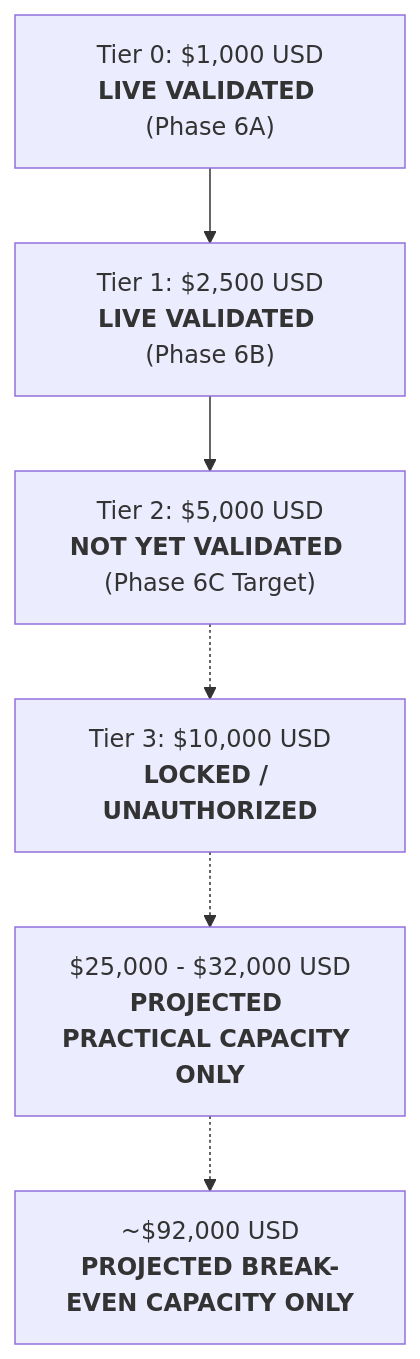
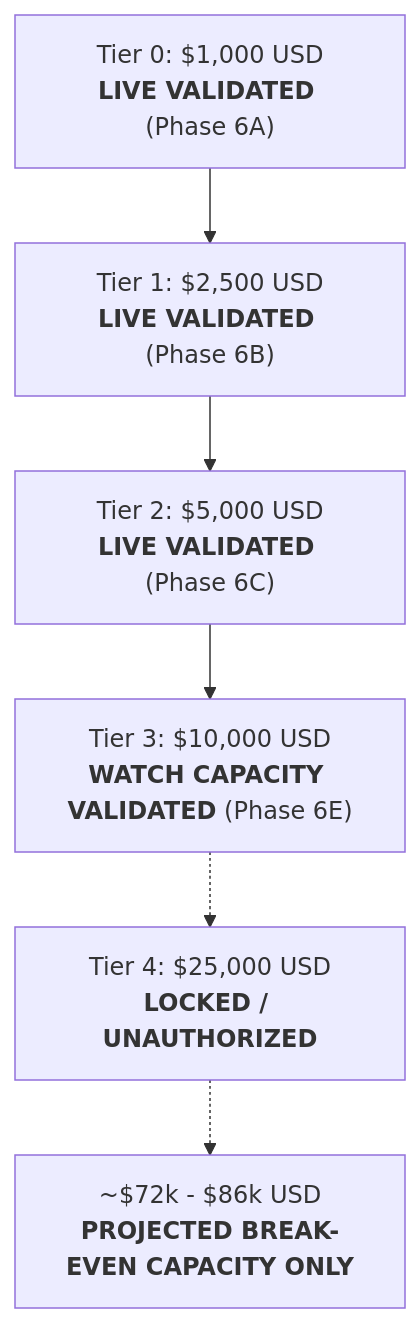
One commit to Bigbirdo07/Moneymaker changed the diagram in VALIDATION_LEDGER.md. Above: the diagram before and after it, drawn with Mermaid. The commit also changed other lines of this file and 24 other files, not shown here.

Commit message:
Execute Phase 6E: Alpha A Tier 3 live capacity validation (TIER3_WATCH_CAPACITY_VALIDATED) and Alpha B forward shadow validation (ALPHA_B_FORWARD_SHADOW_VALIDATED)

````diff
--- a/VALIDATION_LEDGER.md
+++ b/VALIDATION_LEDGER.md
@@ -9,8 +9,8 @@
 ```mermaid
 graph TD
     T0["Tier 0: $1,000 USD<br/><b>LIVE VALIDATED</b> (Phase 6A)"] --> T1["Tier 1: $2,500 USD<br/><b>LIVE VALIDATED</b> (Phase 6B)"]
-    T1 --> T2["Tier 2: $5,000 USD<br/><b>NOT YET VALIDATED</b> (Phase 6C Target)"]
-    T2 -.-> T3["Tier 3: $10,000 USD<br/><b>LOCKED / UNAUTHORIZED</b>"]
-    T3 -.-> TP["$25,000 - $32,000 USD<br/><b>PROJECTED PRACTICAL CAPACITY ONLY</b>"]
-    TP -.-> TB["~$92,000 USD<br/><b>PROJECTED BREAK-EVEN CAPACITY ONLY</b>"]
+    T1 --> T2["Tier 2: $5,000 USD<br/><b>LIVE VALIDATED</b> (Phase 6C)"]
+    T2 --> T3["Tier 3: $10,000 USD<br/><b>WATCH CAPACITY VALIDATED</b> (Phase 6E)"]
+    T3 -.-> T4["Tier 4: $25,000 USD<br/><b>LOCKED / UNAUTHORIZED</b>"]
+    T4 -.-> TB["~$72k - $86k USD<br/><b>PROJECTED BREAK-EVEN CAPACITY ONLY</b>"]
 ```
````
